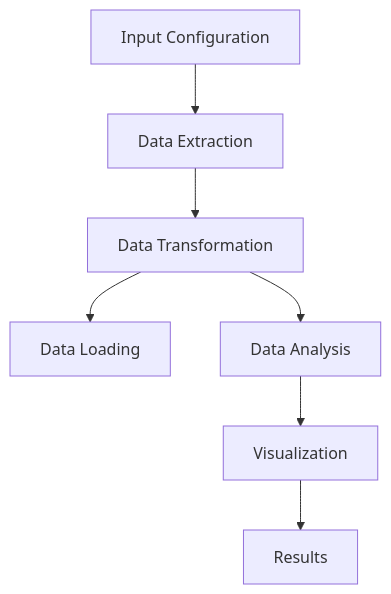
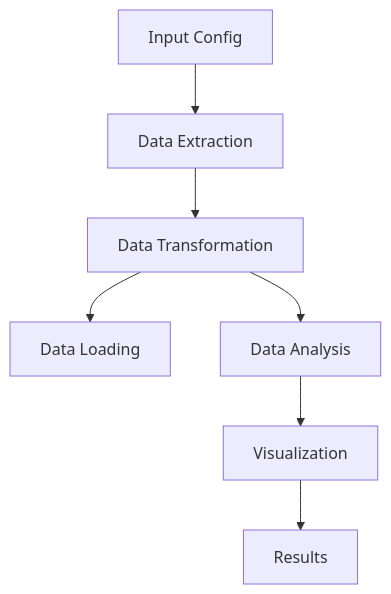
Before and after one commit to fahmizainal17/OpenWeatherMap_Data_Pipeline_Engineering_Project: the third of 4 diagrams in README.md, drawn with Mermaid. The commit also changed other lines of this file, not shown here.

````diff
--- a/README.md
+++ b/README.md
@@ -268,9 +282,9 @@
 ```mermaid
 graph TD
-    A[Input Configuration] --> B[Data Extraction]
+    A[Input Config] --> B[Data Extraction]
     B --> C[Data Transformation]
     C --> D[Data Loading]
     C --> E[Data Analysis]
     E --> F[Visualization]
     F --> G[Results]
 ```
````
